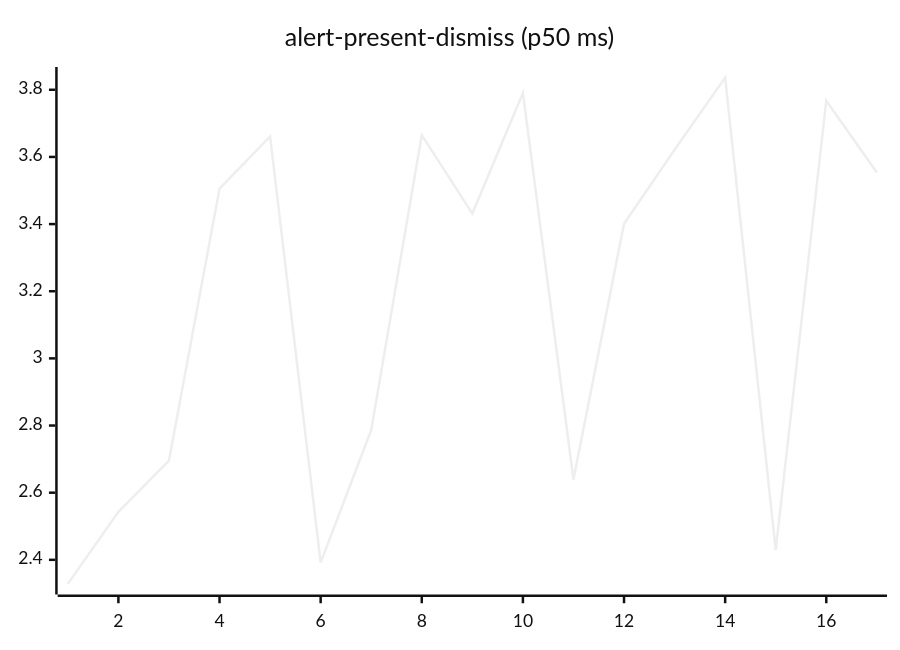
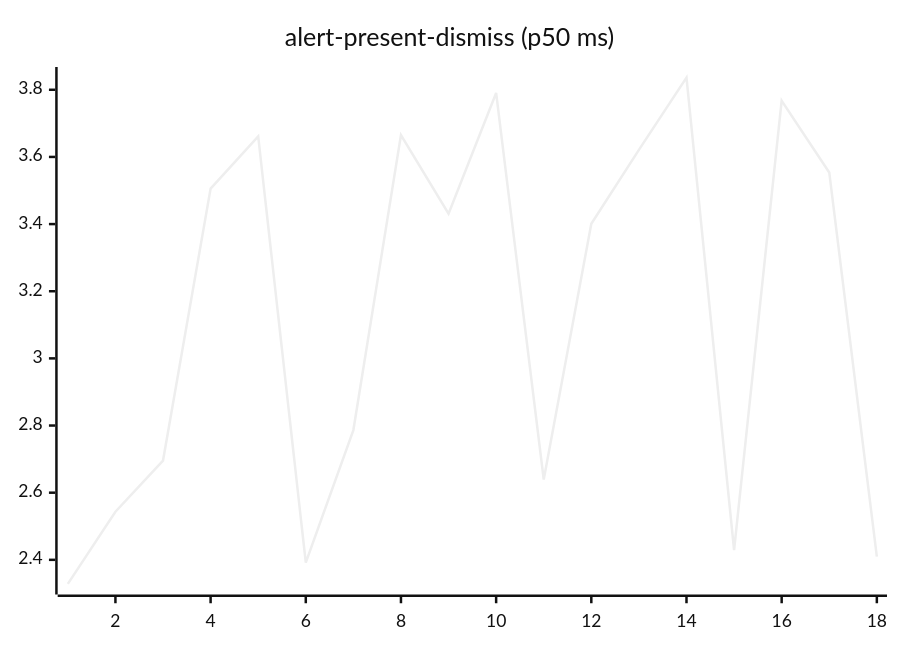
One commit to josha/Facet changed the second of 27 diagrams in README.md. Above: the diagram before and after it, drawn with Mermaid (neutral theme). The commit also changed other lines of this file and 2 other files, not shown here.

````diff
--- a/README.md
+++ b/README.md
@@ -70,6 +70,6 @@
 ```mermaid
 xychart-beta
     title "alert-present-dismiss (p50 ms)"
-    x-axis 1 --> 17
-    line [2.3284, 2.5432, 2.6957, 3.5058, 3.6611, 2.3918, 2.7865, 3.6648, 3.4312, 3.7906, 2.6392, 3.4008, 3.6212, 3.8362, 2.4288, 3.7676, 3.5538]
+    x-axis 1 --> 18
+    line [2.3284, 2.5432, 2.6957, 3.5058, 3.6611, 2.3918, 2.7865, 3.6648, 3.4312, 3.7906, 2.6392, 3.4008, 3.6212, 3.8362, 2.4288, 3.7676, 3.5538, 2.4095]
 ```
````
